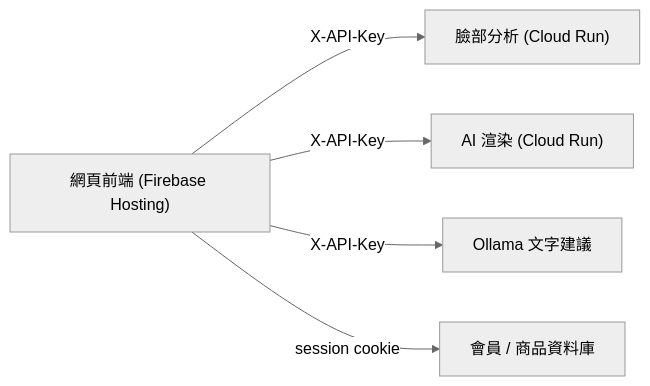
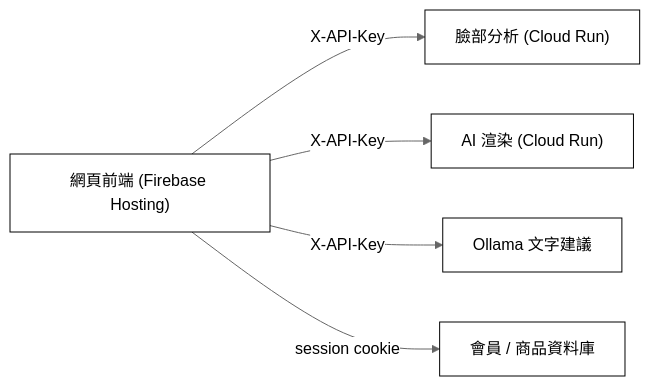
One commit to vivi930319/DecorateMeAI changed the first of 2 diagrams in README.md. Above: the diagram before and after it, drawn with Mermaid (neutral theme). The commit also changed other lines of this file, not shown here.

Commit message:
docs: add admin panel details and flow, make diagrams monochrome

````diff
--- a/README.md
+++ b/README.md
@@ -15,8 +15,10 @@
 ```mermaid
 flowchart LR
+  classDef n fill:#ffffff,stroke:#000000,color:#000000;
   FE["網頁前端 (Firebase Hosting)"]
   FE -->|X-API-Key| FA["臉部分析 (Cloud Run)"]
   FE -->|X-API-Key| RD["AI 渲染 (Cloud Run)"]
   FE -->|X-API-Key| OL["Ollama 文字建議"]
   FE -->|session cookie| DB["會員 / 商品資料庫"]
+  class FE,FA,RD,OL,DB n;
 ```
````
